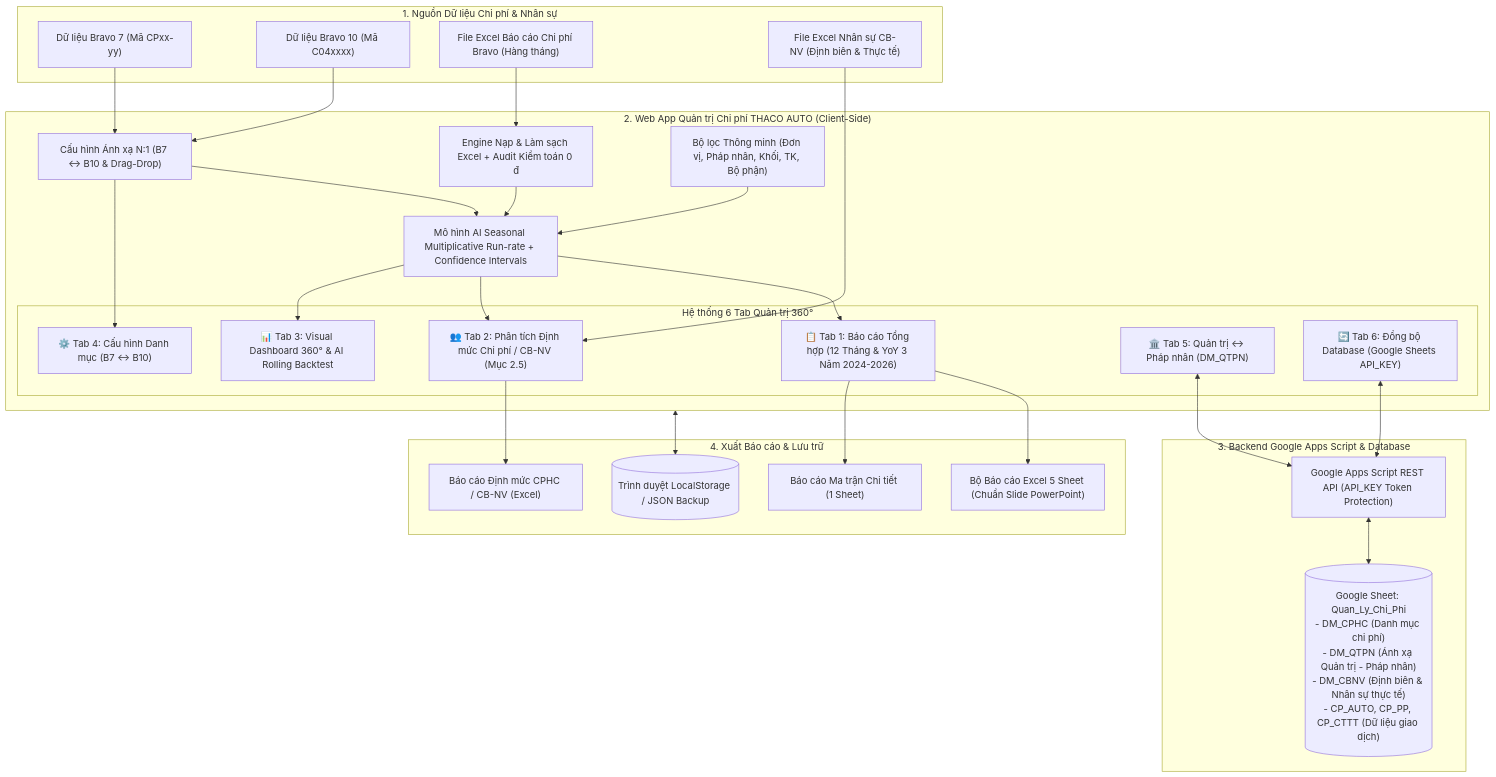
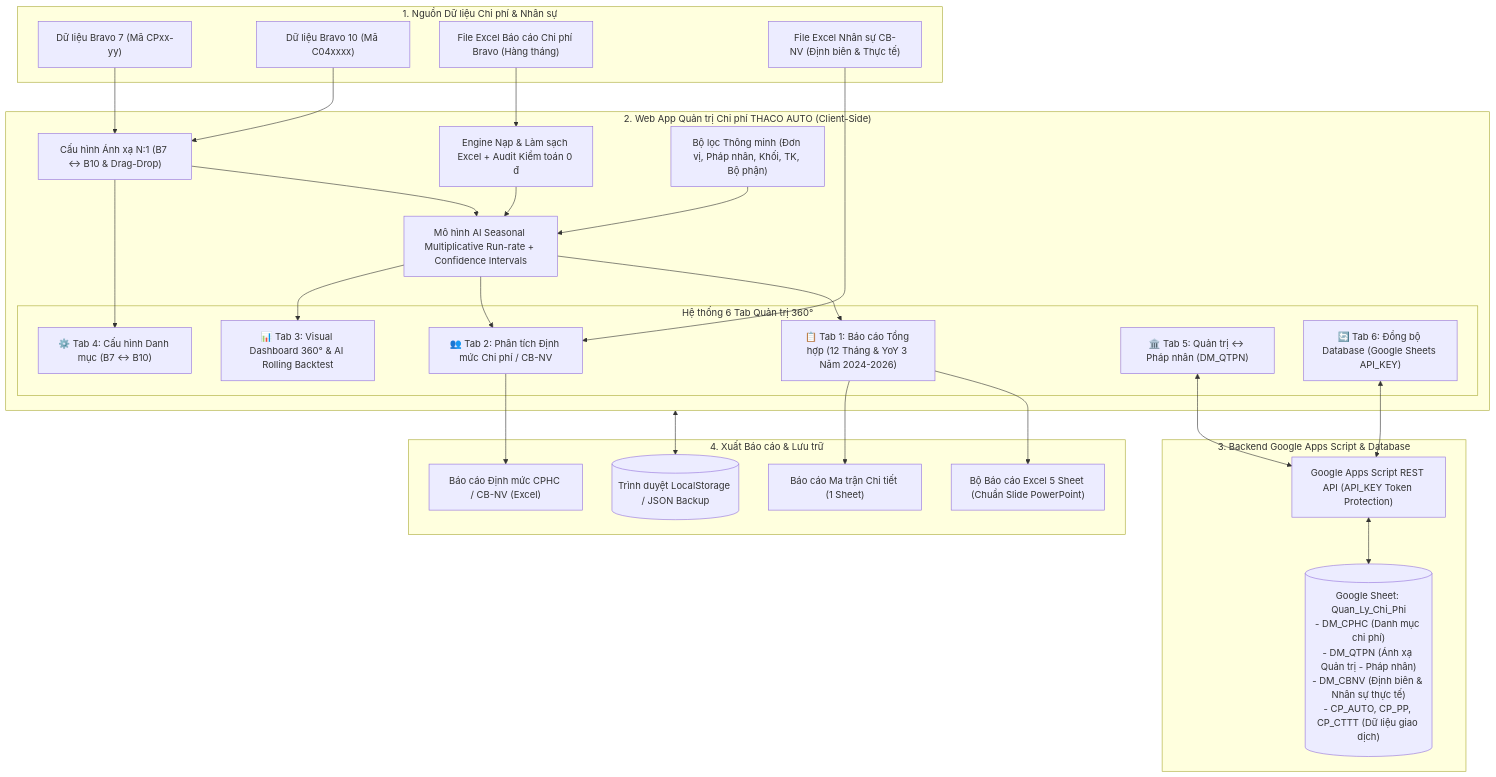
One commit to nguyenluongminhthien-bit/qlcphc changed the diagram in README.md. Above: the diagram before and after it, drawn with Mermaid. The commit also changed other lines of this file and 8 other files, not shown here.

````diff
--- a/README.md
+++ b/README.md
@@ -10,50 +10,50 @@
 ```mermaid
 flowchart TD
     subgraph DATA_SOURCES ["1. Nguồn Dữ liệu Chi phí & Nhân sự"]
         B7["Dữ liệu Bravo 7 (Mã CPxx-yy)"]
         B10["Dữ liệu Bravo 10 (Mã C04xxxx)"]
         EXCEL["File Excel Báo cáo Chi phí Bravo (Hàng tháng)"]
         EXCEL_HR["File Excel Nhân sự CB-NV (Định biên & Thực tế)"]
     end
 
     subgraph WEB_APP ["2. Web App Quản trị Chi phí THACO AUTO (Client-Side)"]
         PARSER["Engine Nạp & Làm sạch Excel + Audit Kiểm toán 0 đ"]
         MAPPING["Cấu hình Ánh xạ N:1 (B7 ↔ B10 & Drag-Drop)"]
         SLICERS["Bộ lọc Thông minh (Đơn vị, Pháp nhân, Khối, TK, Bộ phận)"]
         ENGINE["Mô hình AI Seasonal Multiplicative Run-rate + Confidence Intervals"]
 
         subgraph TABS ["Hệ thống 6 Tab Quản trị 360°"]
             T1["📋 Tab 1: Báo cáo Tổng hợp (12 Tháng & YoY 3 Năm 2024-2026)"]
-            T2["👥 Tab 2: Phân tích Định mức Chi phí / CB-NV (Mục 2.5)"]
+            T2["👥 Tab 2: Phân tích Định mức Chi phí / CB-NV"]
             T3["📊 Tab 3: Visual Dashboard 360° & AI Rolling Backtest"]
             T4["⚙️ Tab 4: Cấu hình Danh mục (B7 ↔ B10)"]
             T5["🏛️ Tab 5: Quản trị ↔ Pháp nhân (DM_QTPN)"]
             T6["🔄 Tab 6: Đồng bộ Database (Google Sheets API_KEY)"]
         end
     end
 
     subgraph BACKEND ["3. Backend Google Apps Script & Database"]
         GAS["Google Apps Script REST API (API_KEY Token Protection)"]
         GSHEET[("Google Sheet: Quan_Ly_Chi_Phi\n- DM_CPHC (Danh mục chi phí)\n- DM_QTPN (Ánh xạ Quản trị - Pháp nhân)\n- DM_CBNV (Định biên & Nhân sự thực tế)\n- CP_AUTO, CP_PP, CP_CTTT (Dữ liệu giao dịch)")]
     end
 
     subgraph OUTPUTS ["4. Xuất Báo cáo & Lưu trữ"]
         PPTX_EXCEL["Bộ Báo cáo Excel 5 Sheet (Chuẩn Slide PowerPoint)"]
         CBNV_EXCEL["Báo cáo Định mức CPHC / CB-NV (Excel)"]
         MATRIX_EXCEL["Báo cáo Ma trận Chi tiết (1 Sheet)"]
         LOCAL_STORAGE[("Trình duyệt LocalStorage / JSON Backup")]
     end
 
     EXCEL --> PARSER
     EXCEL_HR --> T2
     B7 & B10 --> MAPPING
     PARSER & MAPPING & SLICERS --> ENGINE
     ENGINE --> T1 & T2 & T3
     MAPPING --> T4
     T5 <--> GAS
     T6 <--> GAS
     GAS <--> GSHEET
     WEB_APP <--> LOCAL_STORAGE
     T1 --> PPTX_EXCEL & MATRIX_EXCEL
     T2 --> CBNV_EXCEL
 ```
````
